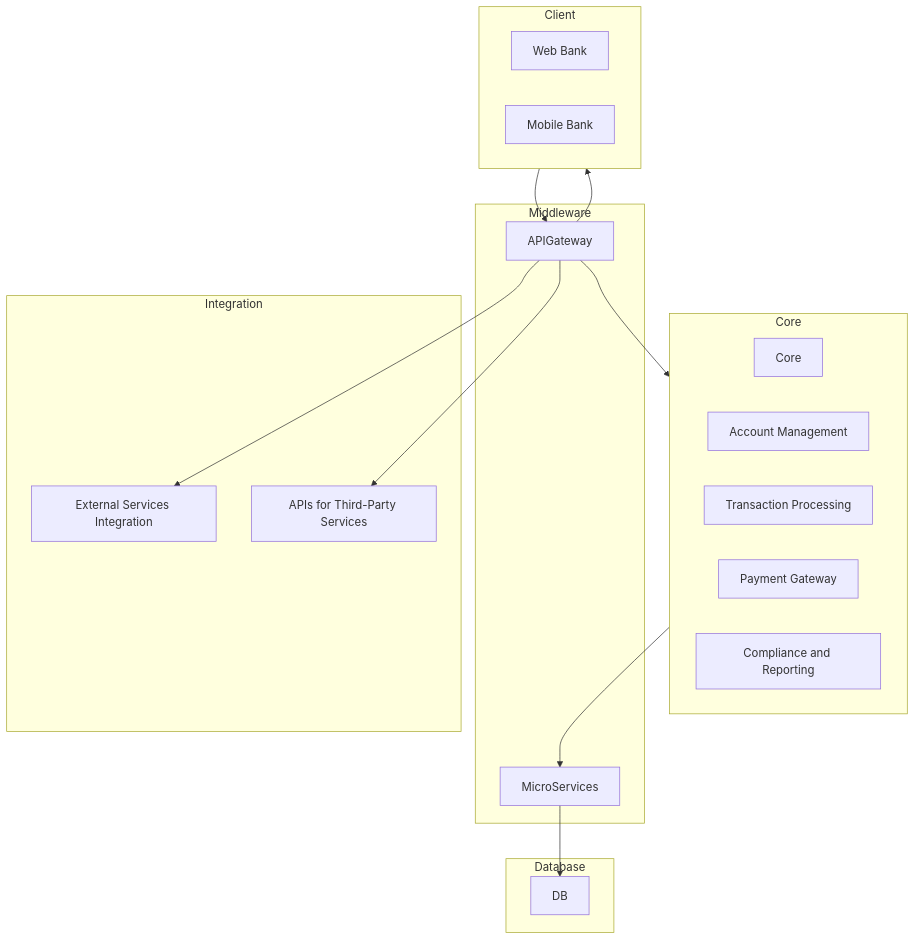
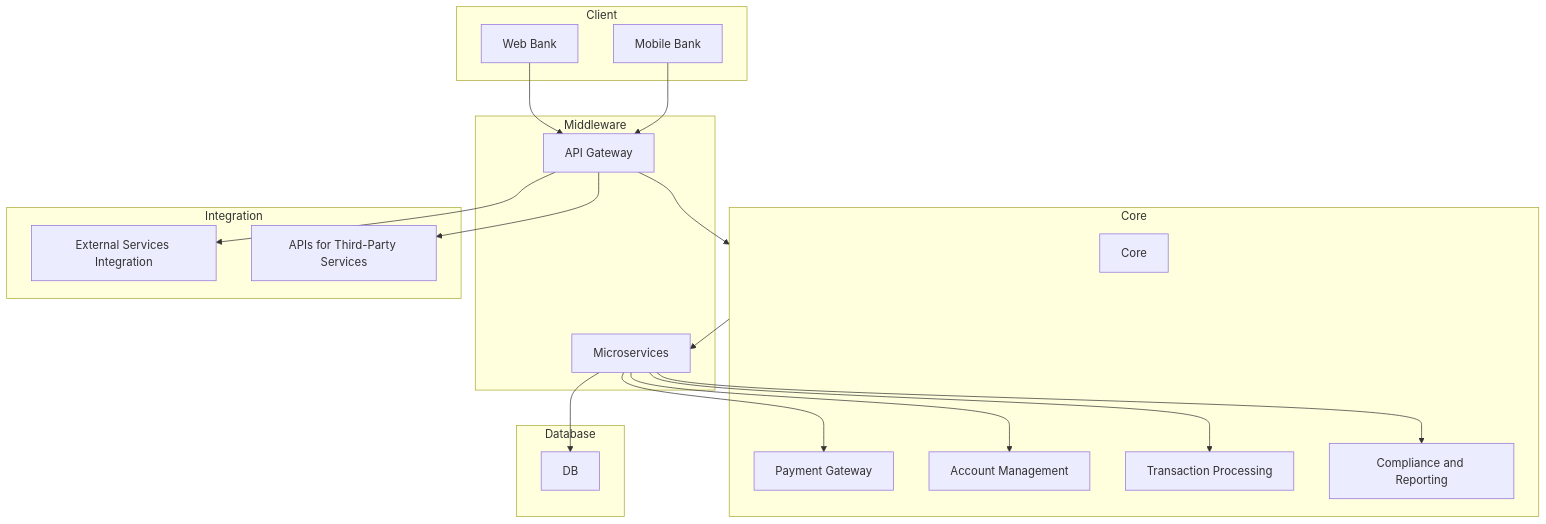
Before and after one commit to LucasAssisPereira/Banco: the diagram in docs/components.md, drawn with Mermaid.

Commit message:
[docs] finish components graph

````diff
--- a/docs/components.md
+++ b/docs/components.md
@@ -12,42 +12,43 @@
 ```mermaid
-graph TD
+    graph TD
   subgraph Client
       WebApp[Web Bank]
       MobileApp[Mobile Bank]
   end
 
   subgraph Core
       Ledger[Core]
       AccountManagement[Account Management]
       TransactionProcessing[Transaction Processing]
       PaymentGateway[Payment Gateway]
       ComplianceReporting[Compliance and Reporting]
   end
 
   subgraph Middleware
-      APIGateway[APIGateway]
-      Microservices[MicroServices]
+      APIGateway[API Gateway]
+      Microservices[Microservices]
   end
 
   subgraph Database
       Postgres[DB]
   end
 
   subgraph Integration
       ExternalServices[External Services Integration]
       APIs[APIs for Third-Party Services]
   end
 
-  Client --> APIGateway
+  WebApp --> APIGateway
+  MobileApp --> APIGateway
 
   APIGateway --> Core
-
-  Core --> Microservices  
-
-  Microservices --> Postgres
-
   APIGateway --> ExternalServices
   APIGateway --> APIs
 
-  APIGateway --> Client
+  Core --> Microservices
+  Microservices --> Postgres
+  Microservices --> PaymentGateway
+  Microservices --> AccountManagement
+  Microservices --> TransactionProcessing
+  Microservices --> ComplianceReporting
 ```
````
